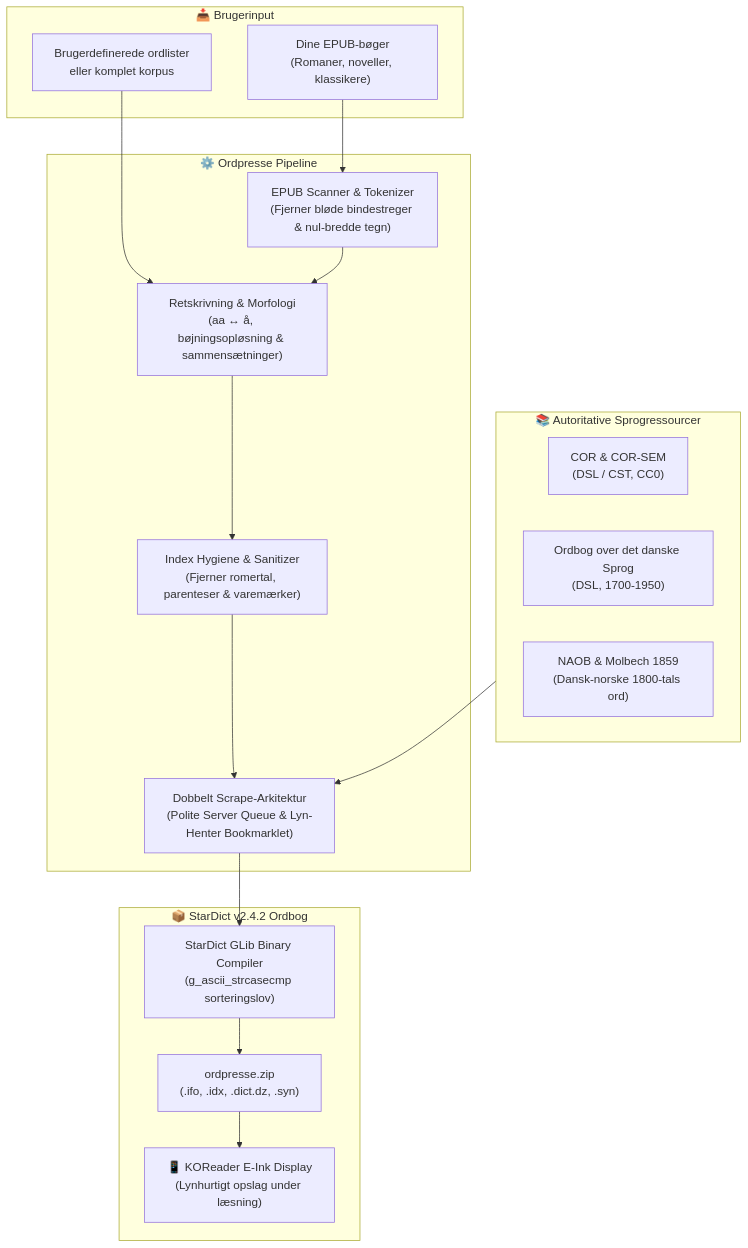
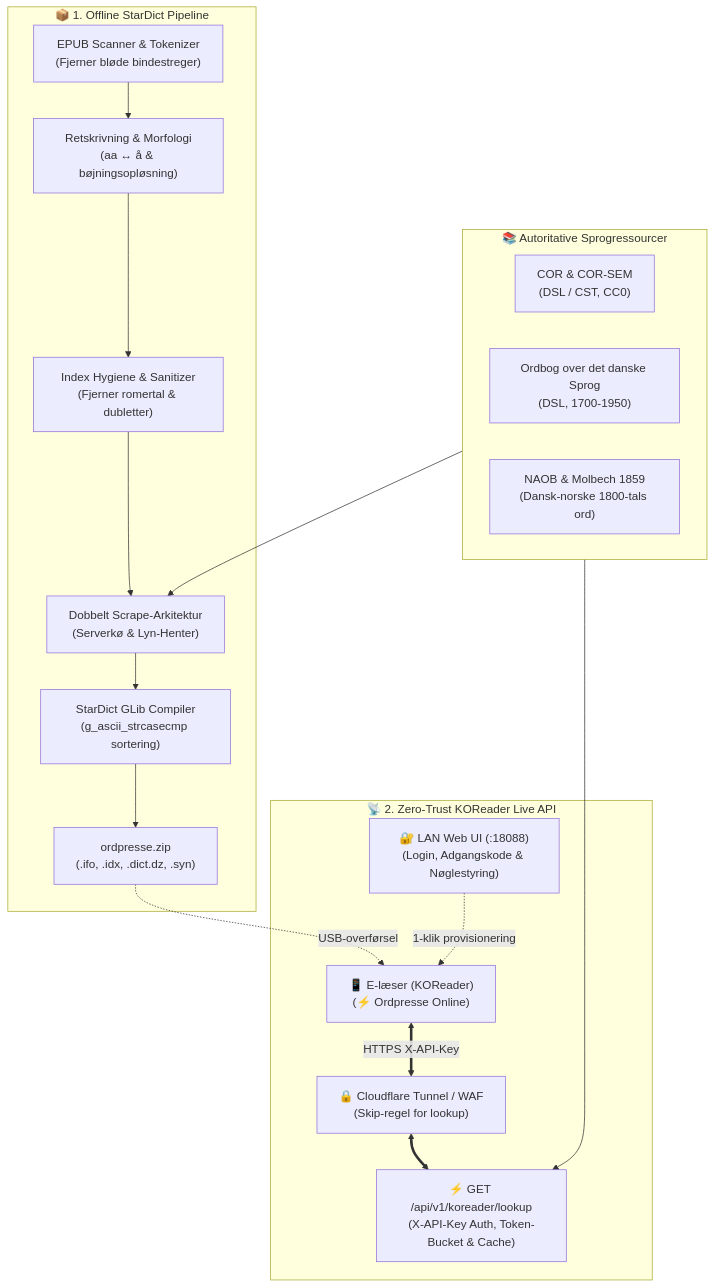
One commit to massovercharge/ordpresse changed the diagram in README.md. Above: the diagram before and after it, drawn with Mermaid. The commit also changed other lines of this file, not shown here.

Commit message:
docs: update README with Zero-Trust KOReader online API, plugin guide, and test suite details

````diff
--- a/README.md
+++ b/README.md
@@ -28,36 +29,31 @@
 ```mermaid
 flowchart TD
     subgraph Kilder [📚 Autoritative Sprogressourcer]
         COR["COR & COR-SEM<br/>(DSL / CST, CC0)"]
         ODS["Ordbog over det danske Sprog<br/>(DSL, 1700-1950)"]
         NAOB["NAOB & Molbech 1859<br/>(Dansk-norske 1800-tals ord)"]
     end
 
-    subgraph Input [📥 Brugerinput]
-        EPUB["Dine EPUB-bøger<br/>(Romaner, noveller, klassikere)"]
-        WORDLIST["Brugerdefinerede ordlister<br/>eller komplet korpus"]
+    subgraph Offline [📦 1. Offline StarDict Pipeline]
+        SCAN["EPUB Scanner & Tokenizer<br/>(Fjerner bløde bindestreger)"]
+        ORTHO["Retskrivning & Morfologi<br/>(aa ↔ å & bøjningsopløsning)"]
+        HYGIENE["Index Hygiene & Sanitizer<br/>(Fjerner romertal & dubletter)"]
+        SCRAPE["Dobbelt Scrape-Arkitektur<br/>(Serverkø & Lyn-Henter)"]
+        COMPILER["StarDict GLib Compiler<br/>(g_ascii_strcasecmp sortering)"]
+        BUNDLE["ordpresse.zip<br/>(.ifo, .idx, .dict.dz, .syn)"]
     end
 
-    subgraph Pipeline [⚙️ Ordpresse Pipeline]
-        SCAN["EPUB Scanner & Tokenizer<br/>(Fjerner bløde bindestreger & nul-bredde tegn)"]
-        ORTHO["Retskrivning & Morfologi<br/>(aa ↔ å, bøjningsopløsning & sammensætninger)"]
-        HYGIENE["Index Hygiene & Sanitizer<br/>(Fjerner romertal, parenteser & varemærker)"]
-        SCRAPE["Dobbelt Scrape-Arkitektur<br/>(Polite Server Queue & Lyn-Henter Bookmarklet)"]
+    subgraph Online [📡 2. Zero-Trust KOReader Live API]
+        DEVICE["📱 E-læser (KOReader)<br/>(⚡ Ordpresse Online)"]
+        TUNNEL["🔒 Cloudflare Tunnel / WAF<br/>(Skip-regel for lookup)"]
+        LOOKUP_API["⚡ GET /api/v1/koreader/lookup<br/>(X-API-Key Auth, Token-Bucket & Cache)"]
+        ADMIN_UI["🔐 LAN Web UI (:18088)<br/>(Login, Adgangskode & Nøglestyring)"]
     end
 
-    subgraph Output [📦 StarDict v2.4.2 Ordbog]
-        COMPILER["StarDict GLib Binary Compiler<br/>(g_ascii_strcasecmp sorteringslov)"]
-        BUNDLE["ordpresse.zip<br/>(.ifo, .idx, .dict.dz, .syn)"]
-        KOREADER["📱 KOReader E-Ink Display<br/>(Lynhurtigt opslag under læsning)"]
-    end
-
-    EPUB --> SCAN
-    WORDLIST --> ORTHO
-    SCAN --> ORTHO
+    SCAN --> ORTHO --> HYGIENE --> SCRAPE --> COMPILER --> BUNDLE
     Kilder --> SCRAPE
-    ORTHO --> HYGIENE
-    HYGIENE --> SCRAPE
-    SCRAPE --> COMPILER
-    COMPILER --> BUNDLE
-    BUNDLE --> KOREADER
+    Kilder --> LOOKUP_API
+    BUNDLE -.->|USB-overførsel| DEVICE
+    DEVICE <==>|HTTPS X-API-Key| TUNNEL <==> LOOKUP_API
+    ADMIN_UI -.->|1-klik provisionering| DEVICE
 ```
````
